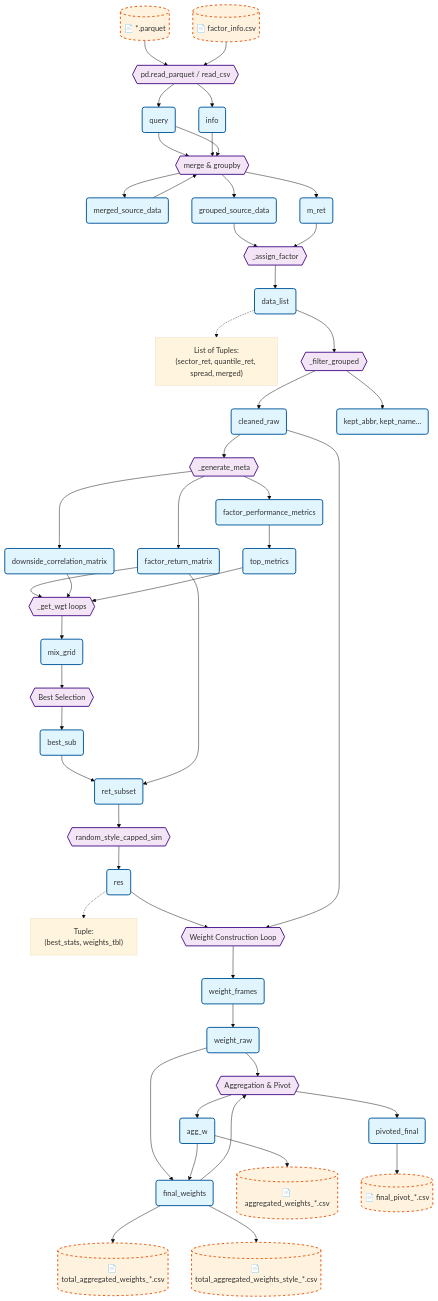
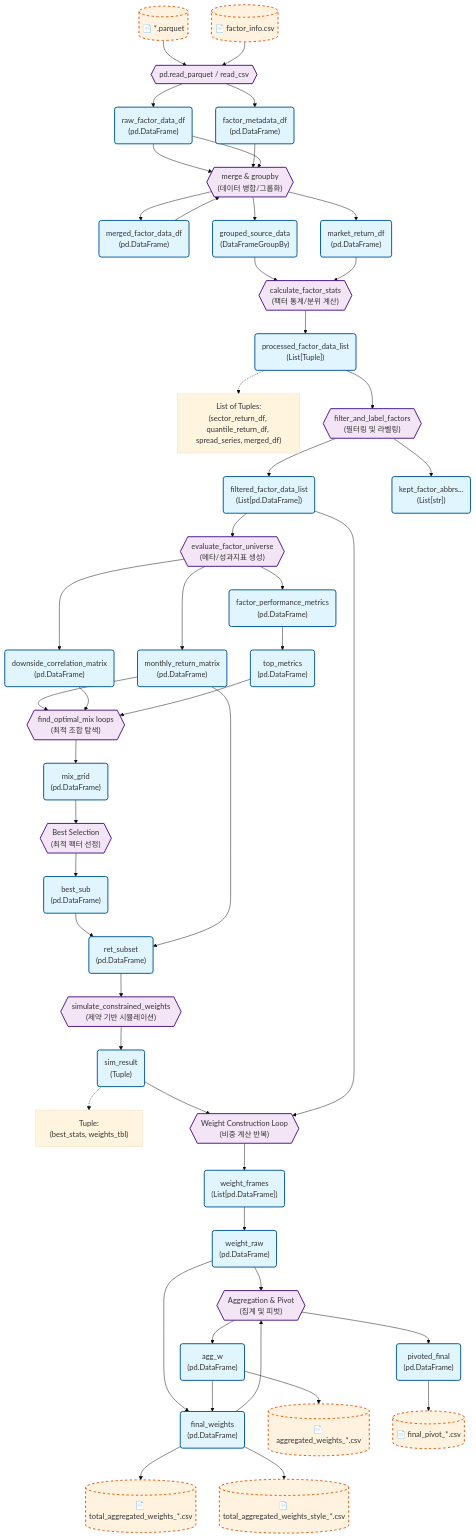
One commit to urhero/bok changed the diagram in docs/VARIABLE_FLOW.md. Above: the diagram before and after it, drawn with Mermaid (base theme). The commit also changed other lines of this file, not shown here.

Commit message:
함수명, 변수명 대규모 변경. 시각 그래프 md 추가

```diff
--- a/docs/VARIABLE_FLOW.md
+++ b/docs/VARIABLE_FLOW.md
@@ -17,17 +17,17 @@
     
     Func_Load{{"pd.read_parquet / read_csv"}}:::func
     
-    Var_Query(query):::data
-    Var_Info(info):::data
+    Var_Query("raw_factor_data_df<br/>(pd.DataFrame)"):::data
+    Var_Info("factor_metadata_df<br/>(pd.DataFrame)"):::data
     
     File_Parquet --> Func_Load --> Var_Query
     File_Info --> Func_Load --> Var_Info
 
     %% --- Merge & Prep ---
-    Func_Merge{{merge & groupby}}:::func
-    Var_Merged(merged_source_data):::data
-    Var_MRet(m_ret):::data
-    Var_Grouped(grouped_source_data):::data
+    Func_Merge{{"merge & groupby<br/>(데이터 병합/그룹화)"}}:::func
+    Var_Merged("merged_factor_data_df<br/>(pd.DataFrame)"):::data
+    Var_MRet("market_return_df<br/>(pd.DataFrame)"):::data
+    Var_Grouped("grouped_source_data<br/>(DataFrameGroupBy)"):::data
 
     Var_Query & Var_Info --> Func_Merge
     Func_Merge --> Var_Merged
@@ -35,28 +35,28 @@
     Var_Merged --> Func_Merge --> Var_Grouped
 
     %% --- Factor Assignment ---
-    Func_Assign{{_assign_factor}}:::func
-    Var_DataList(data_list):::data
+    Func_Assign{{"calculate_factor_stats<br/>(팩터 통계/분위 계산)"}}:::func
+    Var_DataList("processed_factor_data_list<br/>(List[Tuple])"):::data
 
     Var_Grouped & Var_MRet --> Func_Assign
     Func_Assign --> Var_DataList
-    note_DL["List of Tuples:<br/>(sector_ret, quantile_ret, spread, merged)"]
+    note_DL["List of Tuples:<br/>(sector_return_df, quantile_return_df, spread_series, merged_df)"]
     Var_DataList -.-> note_DL
 
     %% --- Filter ---
-    Func_Filter{{_filter_grouped}}:::func
-    Var_CleanedRaw(cleaned_raw):::data
-    Var_KeptLists("kept_abbr, kept_name..."):::data
+    Func_Filter{{"filter_and_label_factors<br/>(필터링 및 라벨링)"}}:::func
+    Var_CleanedRaw("filtered_factor_data_list<br/>(List[pd.DataFrame])"):::data
+    Var_KeptLists("kept_factor_abbrs...<br/>(List[str])"):::data
 
     Var_DataList --> Func_Filter
     Func_Filter --> Var_CleanedRaw
     Func_Filter --> Var_KeptLists
 
     %% --- Meta Generation ---
-    Func_GenMeta{{_generate_meta}}:::func
-    Var_FacRet(factor_return_matrix):::data
-    Var_DownCorr(downside_correlation_matrix):::data
-    Var_PerfMet(factor_performance_metrics):::data
+    Func_GenMeta{{"evaluate_factor_universe<br/>(메타/성과지표 생성)"}}:::func
+    Var_FacRet("monthly_return_matrix<br/>(pd.DataFrame)"):::data
+    Var_DownCorr("downside_correlation_matrix<br/>(pd.DataFrame)"):::data
+    Var_PerfMet("factor_performance_metrics<br/>(pd.DataFrame)"):::data
 
     Var_CleanedRaw --> Func_GenMeta
     Func_GenMeta --> Var_FacRet
@@ -64,26 +64,30 @@
     Func_GenMeta --> Var_PerfMet
 
     %% --- Optimization (Grid Search) ---
-    Func_GetWgt{{_get_wgt loops}}:::func
-    Var_TopMetrics(top_metrics):::data
-    Var_MixGrid(mix_grid):::data
+    %% --- Optimization (Grid Search) ---
+    %% --- Optimization (Grid Search) ---
+    Func_GetWgt{{"find_optimal_mix loops<br/>(최적 조합 탐색)"}}:::func
+    Var_TopMetrics("top_metrics<br/>(pd.DataFrame)"):::data
+    Var_MixGrid("mix_grid<br/>(pd.DataFrame)"):::data
     
     Var_PerfMet --> Var_TopMetrics
     Var_FacRet & Var_DownCorr & Var_TopMetrics --> Func_GetWgt
     Func_GetWgt --> Var_MixGrid
 
     %% --- Selection ---
-    Func_Select{{Best Selection}}:::func
-    Var_BestSub(best_sub):::data
-    Var_RetSubset(ret_subset):::data
+    Func_Select{{"Best Selection<br/>(최적 팩터 선정)"}}:::func
+    Var_BestSub("best_sub<br/>(pd.DataFrame)"):::data
+    Var_RetSubset("ret_subset<br/>(pd.DataFrame)"):::data
 
     Var_MixGrid --> Func_Select
     Func_Select --> Var_BestSub
     Var_BestSub & Var_FacRet --> Var_RetSubset
 
     %% --- Simulation ---
-    Func_Sim{{random_style_capped_sim}}:::func
-    Var_Res(res):::data
+    %% --- Simulation ---
+    %% --- Simulation ---
+    Func_Sim{{"simulate_constrained_weights<br/>(제약 기반 시뮬레이션)"}}:::func
+    Var_Res("sim_result<br/>(Tuple)"):::data
     note_Res["Tuple:<br/>(best_stats, weights_tbl)"]
     
     Var_RetSubset --> Func_Sim
@@ -91,19 +95,19 @@
     Var_Res -.-> note_Res
 
     %% --- Weight Construction ---
-    Func_Construct{{Weight Construction Loop}}:::func
-    Var_WeightFrames(weight_frames):::data
-    Var_WeightRaw(weight_raw):::data
+    Func_Construct{{"Weight Construction Loop<br/>(비중 계산 반복)"}}:::func
+    Var_WeightFrames("weight_frames<br/>(List[pd.DataFrame])"):::data
+    Var_WeightRaw("weight_raw<br/>(pd.DataFrame)"):::data
     
     Var_Res & Var_CleanedRaw --> Func_Construct
     Func_Construct --> Var_WeightFrames
     Var_WeightFrames --> Var_WeightRaw
 
     %% --- Aggregation & Final Output ---
-    Func_Agg{{Aggregation & Pivot}}:::func
-    Var_AggW(agg_w):::data
-    Var_FinalWeights(final_weights):::data
-    Var_Pivoted(pivoted_final):::data
+    Func_Agg{{"Aggregation & Pivot<br/>(집계 및 피벗)"}}:::func
+    Var_AggW("agg_w<br/>(pd.DataFrame)"):::data
+    Var_FinalWeights("final_weights<br/>(pd.DataFrame)"):::data
+    Var_Pivoted("pivoted_final<br/>(pd.DataFrame)"):::data
     
     Var_WeightRaw --> Func_Agg
     Func_Agg --> Var_AggW
```
